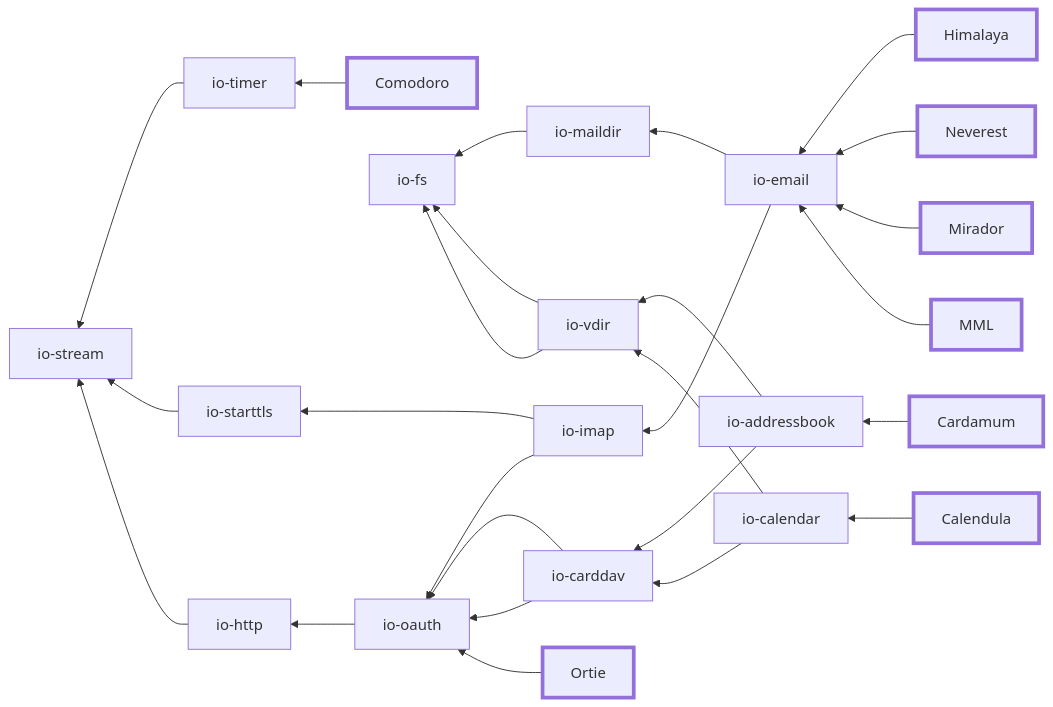
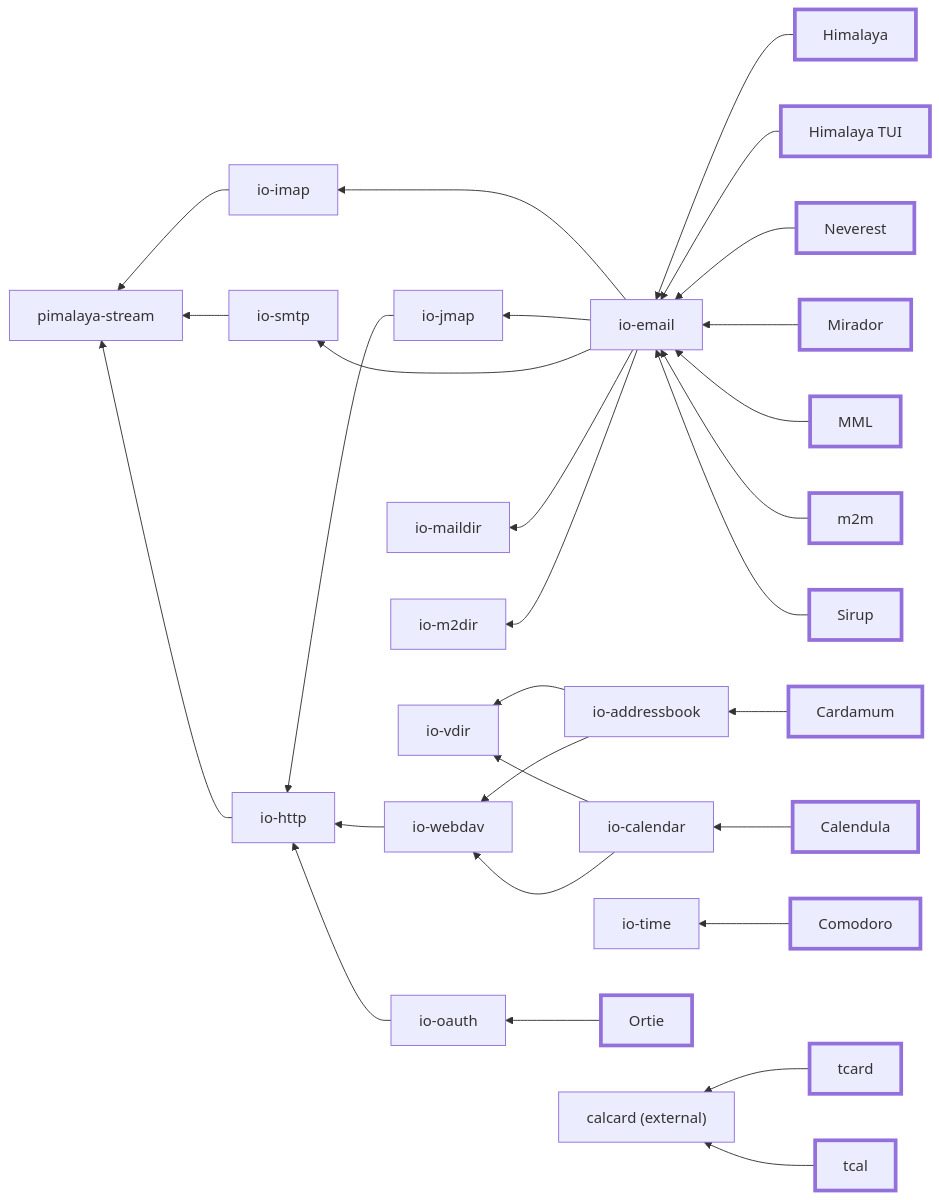
One commit to pimalaya/.github changed the diagram in profile/README.md. Above: the diagram before and after it, drawn with Mermaid. The commit also changed other lines of this file and 2 other files, not shown here.

````diff
--- a/profile/README.md
+++ b/profile/README.md
@@ -10,50 +10,71 @@
 ```mermaid
 flowchart RL
-    Comodoro --> io-timer --> io-stream
+    %% ── Interfaces (applications) ──
+    Himalaya & HimalayaTui & Neverest & Mirador & MML & m2m & Sirup --> io-email
+    Cardamum --> io-addressbook
+    Calendula --> io-calendar
+    Comodoro --> io-time
+    Ortie --> io-oauth
+    Tcard & Tcal --> calcard
 
-    Himalaya & Neverest & Mirador & MML --> io-email
-    io-email --> io-maildir --> io-fs
-    io-email --> io-imap --> io-starttls --> io-stream
-    io-imap --> io-oauth
+    %% ── Domain libraries ──
+    io-email --> io-imap & io-jmap & io-smtp & io-maildir & io-m2dir
+    io-addressbook --> io-vdir & io-webdav
+    io-calendar --> io-vdir & io-webdav
 
-    Cardamum --> io-addressbook
-    io-addressbook --> io-vdir --> io-fs
-    io-addressbook --> io-carddav --> io-oauth
+    %% ── Protocol, storage & transport libraries ──
+    io-jmap & io-webdav & io-oauth --> io-http
+    io-imap & io-smtp & io-http --> pimalaya-stream
 
-    Calendula --> io-calendar
-    io-calendar --> io-vdir --> io-fs
-    io-calendar --> io-carddav --> io-oauth
+    %% ── Labels ──
+    HimalayaTui[Himalaya TUI]
+    Tcard[tcard]
+    Tcal[tcal]
+    calcard["calcard (external)"]
 
-    Ortie --> io-oauth --> io-http --> io-stream
+    %% ── Interface styling ──
+    style Himalaya stroke-width:4px
+    style HimalayaTui stroke-width:4px
+    style Neverest stroke-width:4px
+    style Mirador stroke-width:4px
+    style MML stroke-width:4px
+    style m2m stroke-width:4px
+    style Sirup stroke-width:4px
+    style Cardamum stroke-width:4px
+    style Calendula stroke-width:4px
+    style Comodoro stroke-width:4px
+    style Ortie stroke-width:4px
+    style Tcard stroke-width:4px
+    style Tcal stroke-width:4px
 
-    %% I/O-free libraries
+    %% ── Links: interfaces ──
+    click Himalaya href "https://github.com/pimalaya/himalaya"
+    click HimalayaTui href "https://github.com/pimalaya/himalaya-tui"
+    click Neverest href "https://github.com/pimalaya/neverest"
+    click Mirador href "https://github.com/pimalaya/mirador"
+    click MML href "https://github.com/pimalaya/mml"
+    click m2m href "https://github.com/pimalaya/m2m"
+    click Sirup href "https://github.com/pimalaya/sirup"
+    click Cardamum href "https://github.com/pimalaya/cardamum"
+    click Calendula href "https://github.com/pimalaya/calendula"
+    click Comodoro href "https://github.com/pimalaya/comodoro"
+    click Ortie href "https://github.com/pimalaya/ortie"
+    click Tcard href "https://github.com/pimalaya/tcard"
+    click Tcal href "https://github.com/pimalaya/tcal"
 
+    %% ── Links: libraries ──
+    click io-email href "https://github.com/pimalaya/io-email"
     click io-addressbook href "https://github.com/pimalaya/io-addressbook"
-    click io-fs href "https://github.com/pimalaya/io-fs"
+    click io-calendar href "https://github.com/pimalaya/io-calendar"
+    click io-imap href "https://github.com/pimalaya/io-imap"
+    click io-jmap href "https://github.com/pimalaya/io-jmap"
+    click io-smtp href "https://github.com/pimalaya/io-smtp"
+    click io-maildir href "https://github.com/pimalaya/io-maildir"
+    click io-m2dir href "https://github.com/pimalaya/io-m2dir"
+    click io-vdir href "https://github.com/pimalaya/io-vdir"
+    click io-webdav href "https://github.com/pimalaya/io-webdav"
     click io-http href "https://github.com/pimalaya/io-http"
     click io-oauth href "https://github.com/pimalaya/io-oauth"
-    click io-starttls href "https://github.com/pimalaya/io-starttls"
-    click io-stream href "https://github.com/pimalaya/io-stream"
-    click io-timer href "https://github.com/pimalaya/io-timer"
-    click io-vdir href "https://github.com/pimalaya/io-vdir"
-
-    %% Interfaces
-
-    style Calendula stroke-width:4px
-    style Cardamum stroke-width:4px
-    style Comodoro stroke-width:4px
-    style Himalaya stroke-width:4px
-    style MML stroke-width:4px
-    style Mirador stroke-width:4px
-    style Neverest stroke-width:4px
-    style Ortie stroke-width:4px
-
-    click Calendula href "https://github.com/pimalaya/calendula"
-    click Cardamum href "https://github.com/pimalaya/cardamum"
-    click Comodoro href "https://github.com/pimalaya/comodoro"
-    click Himalaya href "https://github.com/pimalaya/himalaya"
-    click MML href "https://github.com/pimalaya/mml"
-    click Mirador href "https://github.com/pimalaya/mirador"
-    click Neverest href "https://github.com/pimalaya/neverest"
-    click Ortie href "https://github.com/pimalaya/ortie"
+    click io-time href "https://github.com/pimalaya/io-time"
+    click pimalaya-stream href "https://github.com/pimalaya/stream"
 ```
````
